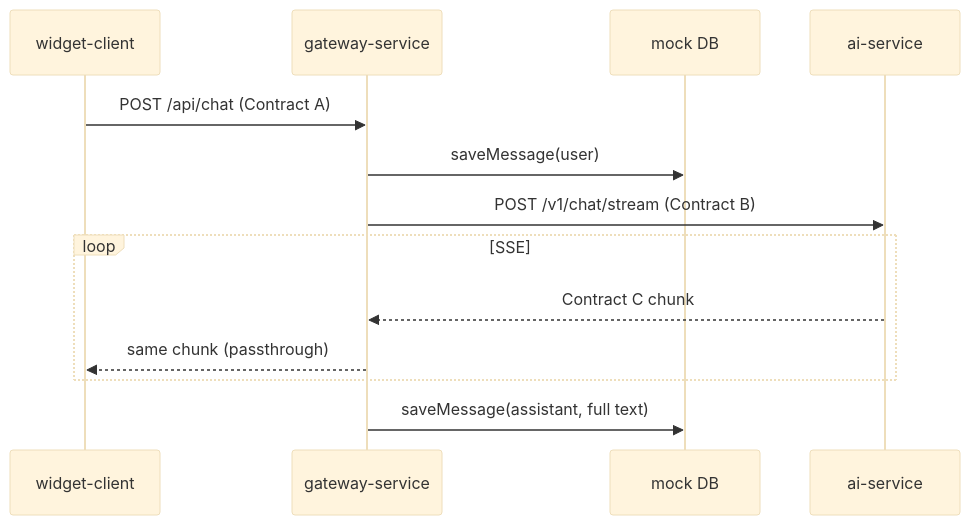
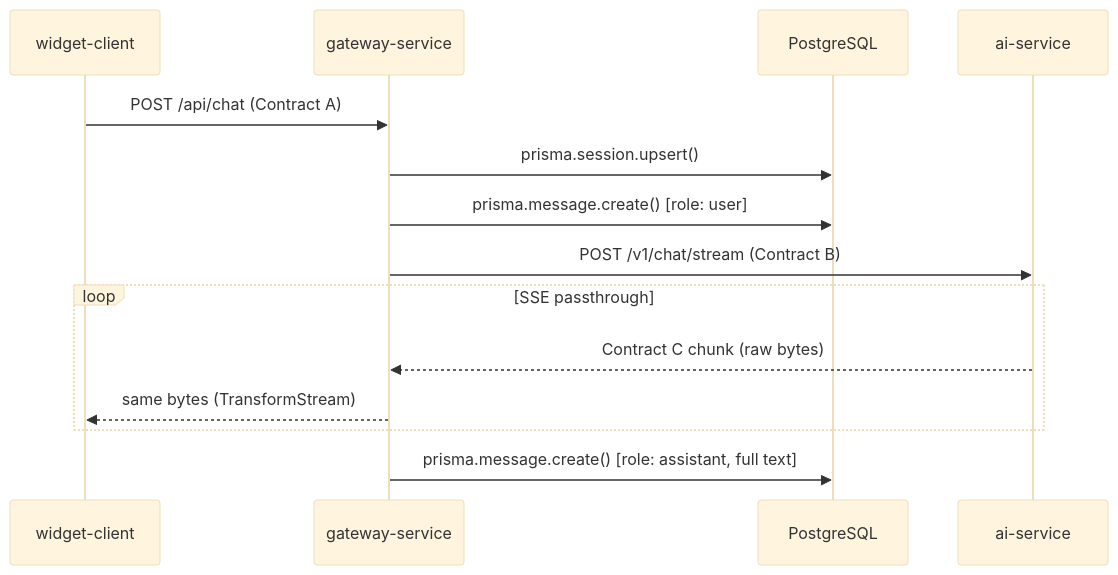
Before and after one commit to Manavagarwal2703/compliance-overlay: the diagram in gateway-service/README.md, drawn with Mermaid (base theme). The commit also changed other lines of this file and 16 other files, not shown here.

````diff
--- a/gateway-service/README.md
+++ b/gateway-service/README.md
@@ -7,16 +9,17 @@
 ```mermaid
 sequenceDiagram
   participant W as widget-client
   participant G as gateway-service
-  participant DB as mock DB
+  participant DB as PostgreSQL
   participant A as ai-service
 
   W->>G: POST /api/chat (Contract A)
-  G->>DB: saveMessage(user)
+  G->>DB: prisma.session.upsert()
+  G->>DB: prisma.message.create() [role: user]
   G->>A: POST /v1/chat/stream (Contract B)
-  loop SSE
-    A-->>G: Contract C chunk
-    G-->>W: same chunk (passthrough)
+  loop SSE passthrough
+    A-->>G: Contract C chunk (raw bytes)
+    G-->>W: same bytes (TransformStream)
   end
-  G->>DB: saveMessage(assistant, full text)
+  G->>DB: prisma.message.create() [role: assistant, full text]
 ```
````
